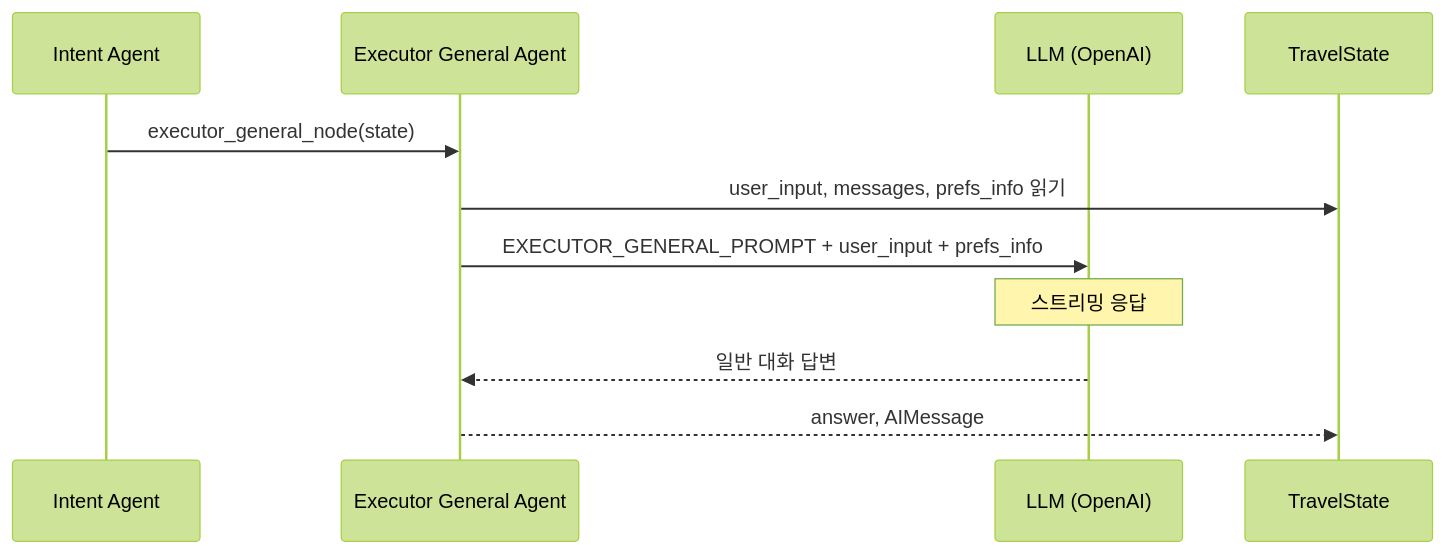
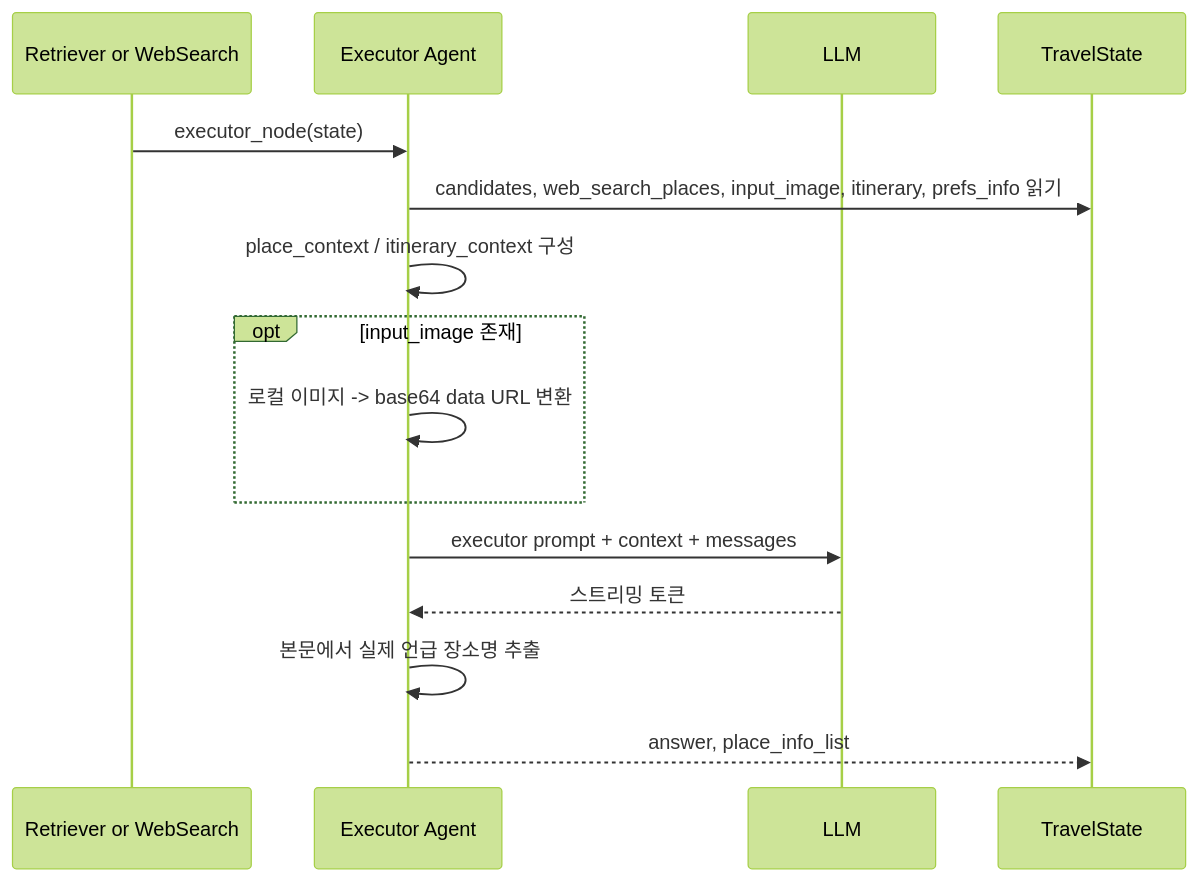
Before and after one commit to SKNETWORKS-FAMILY-AICAMP/SKN21-FINAL-2Team: the eighth of 9 diagrams in docs/agent_sequence_diagrams.md, drawn with Mermaid (forest theme). The commit also changed other lines of this file and 6 other files, not shown here.

````diff
--- a/docs/agent_sequence_diagrams.md
+++ b/docs/agent_sequence_diagrams.md
@@ -369,14 +286,20 @@
 ```mermaid
 sequenceDiagram
-    participant Intent as Intent Agent
-    participant ExecGeneral as Executor General Agent
-    participant LLM as LLM (OpenAI)
+    participant Prev as Retriever or WebSearch
+    participant Executor as Executor Agent
+    participant LLM as LLM
     participant State as TravelState
 
-    Intent->>ExecGeneral: executor_general_node(state)
-    ExecGeneral->>State: user_input, messages, prefs_info 읽기
-    ExecGeneral->>LLM: EXECUTOR_GENERAL_PROMPT + user_input + prefs_info
-    Note over LLM: 스트리밍 응답
-    LLM-->>ExecGeneral: 일반 대화 답변
-    ExecGeneral-->>State: answer, AIMessage
+    Prev->>Executor: executor_node(state)
+    Executor->>State: candidates, web_search_places, input_image, itinerary, prefs_info 읽기
+    Executor->>Executor: place_context / itinerary_context 구성
+
+    opt input_image 존재
+        Executor->>Executor: 로컬 이미지 -> base64 data URL 변환
+    end
+
+    Executor->>LLM: executor prompt + context + messages
+    LLM-->>Executor: 스트리밍 토큰
+    Executor->>Executor: 본문에서 실제 언급 장소명 추출
+    Executor-->>State: answer, place_info_list
 ```
````
